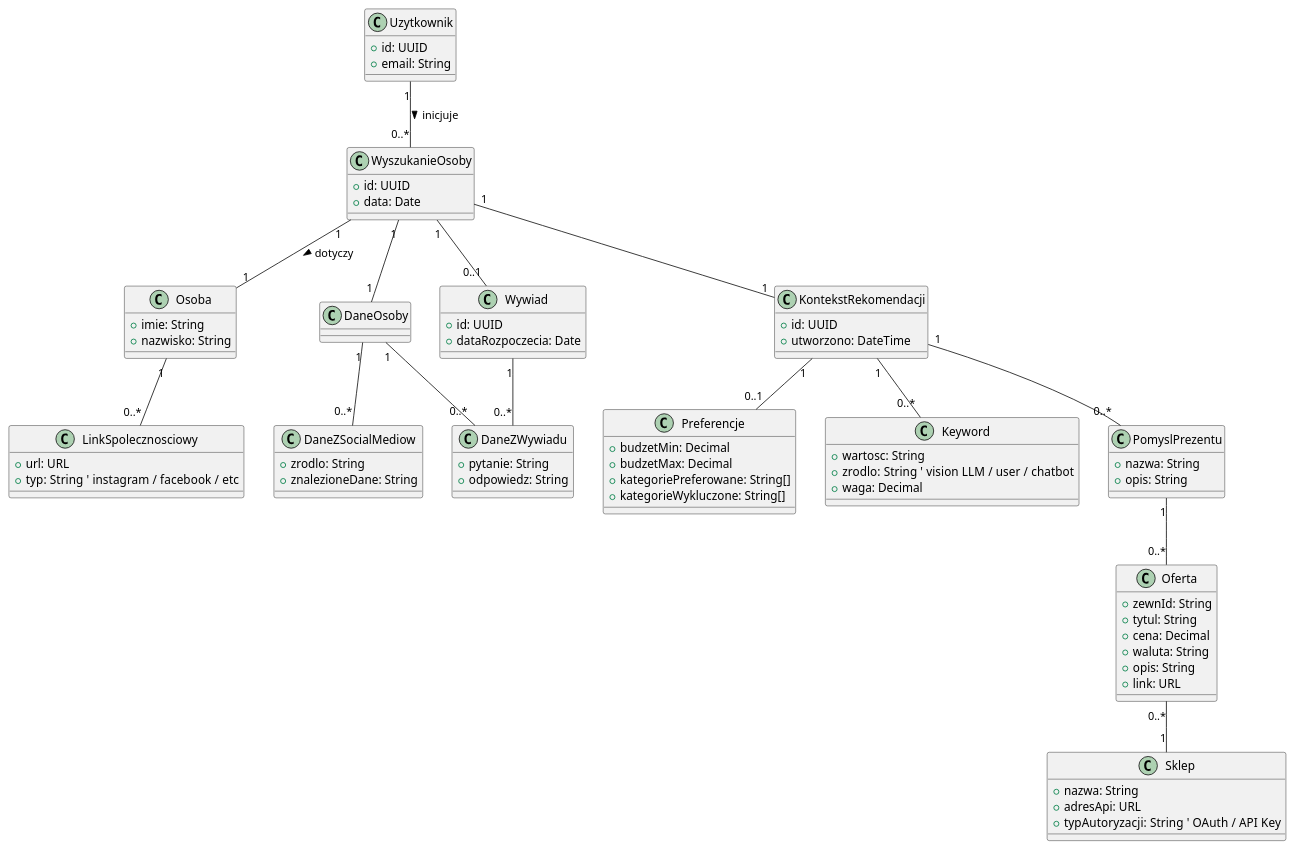
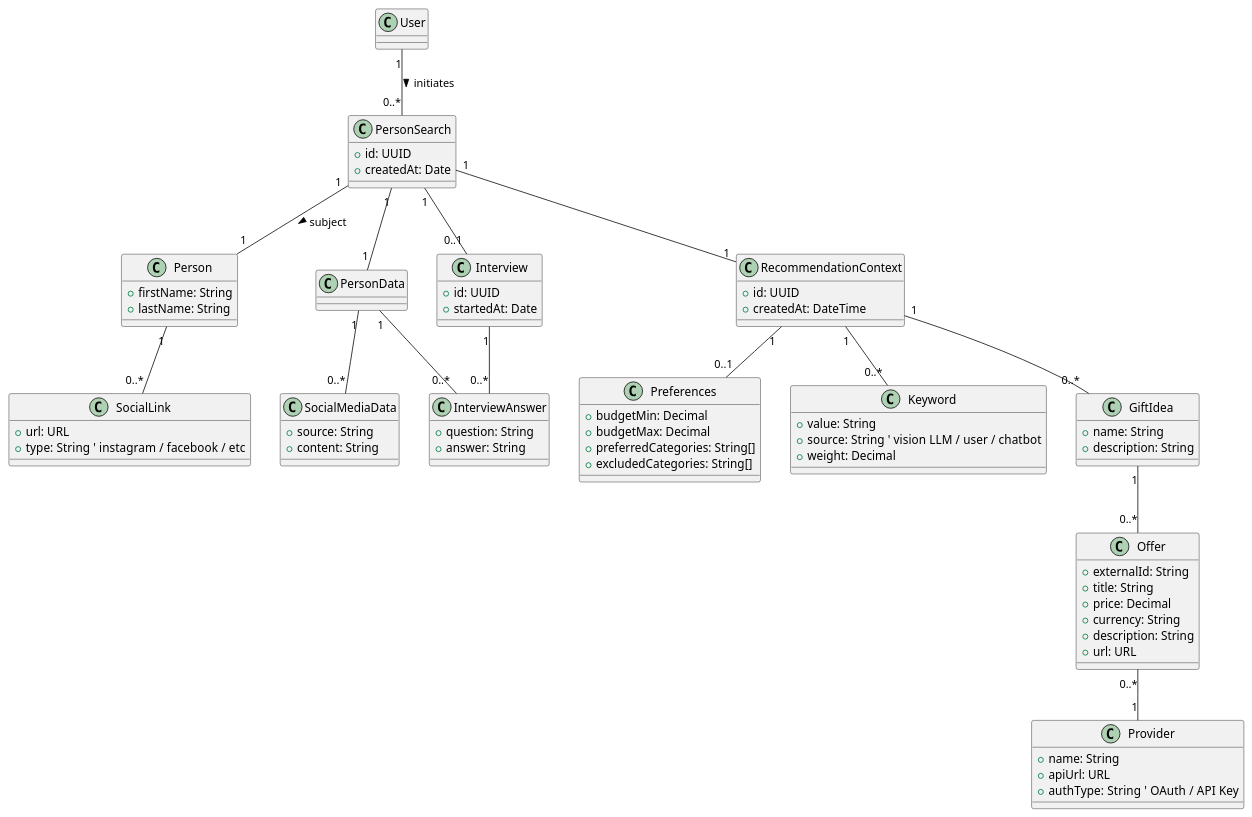
Before and after one commit to Generacja-Cuzi/ai-present-finder: the diagram in class_diagram/domain_class_diagram.puml, drawn with PlantUML. The commit also changed 1 other file, not shown here.

```diff
--- a/class_diagram/domain_class_diagram.puml
+++ b/class_diagram/domain_class_diagram.puml
@@ -1,98 +1,97 @@
-@startuml Klasy domenowe
-' == Istniejace klasy ==
-class Uzytkownik {
-  +id: UUID
-  +email: String
+@startuml Domain Classes
+
+' == Existing classes ==
+class User {
 }
 
-class WyszukanieOsoby {
+class PersonSearch {
   +id: UUID
-  +data: Date
+  +createdAt: Date
 }
 
-class Osoba {
-  +imie: String
-  +nazwisko: String
+class Person {
+  +firstName: String
+  +lastName: String
 }
 
-class DaneOsoby {
-  ' Agreguje dane z social mediow i wywiadu
+class PersonData {
+  ' Aggregates social media and interview data
 }
 
-class DaneZSocialMediow {
-  +zrodlo: String
-  +znalezioneDane: String
+class SocialMediaData {
+  +source: String
+  +content: String
 }
 
-class DaneZWywiadu {
-  +pytanie: String
-  +odpowiedz: String
+class InterviewAnswer {
+  +question: String
+  +answer: String
 }
 
-class Wywiad {
+class Interview {
   +id: UUID
-  +dataRozpoczecia: Date
+  +startedAt: Date
 }
 
-class Preferencje {
-  +budzetMin: Decimal
-  +budzetMax: Decimal
-  +kategoriePreferowane: String[]
-  +kategorieWykluczone: String[]
+class Preferences {
+  +budgetMin: Decimal
+  +budgetMax: Decimal
+  +preferredCategories: String[]
+  +excludedCategories: String[]
 }
 
 class Keyword {
-  +wartosc: String
-  +zrodlo: String  ' vision LLM / user / chatbot
-  +waga: Decimal
+  +value: String
+  +source: String  ' vision LLM / user / chatbot
+  +weight: Decimal
 }
 
-class KontekstRekomendacji {
+class RecommendationContext {
   +id: UUID
-  +utworzono: DateTime
-  ' Kontekst efemeryczny (in-memory) na czas żądania
+  +createdAt: DateTime
+  ' Ephemeral (in-memory) per request
 }
 
-class PomyslPrezentu {
-  +nazwa: String
-  +opis: String
+class GiftIdea {
+  +name: String
+  +description: String
 }
 
-class Oferta {
-  +zewnId: String
-  +tytul: String
-  +cena: Decimal
-  +waluta: String
-  +opis: String
-  +link: URL
+class Offer {
+  +externalId: String
+  +title: String
+  +price: Decimal
+  +currency: String
+  +description: String
+  +url: URL
 }
 
-class Sklep {
-  +nazwa: String
-  +adresApi: URL
-  +typAutoryzacji: String  ' OAuth / API Key
+class Provider {
+  +name: String
+  +apiUrl: URL
+  +authType: String  ' OAuth / API Key
 }
 
-class LinkSpolecznosciowy {
+class SocialLink {
   +url: URL
-  +typ: String  ' instagram / facebook / etc
+  +type: String  ' instagram / facebook / etc
 }
 
-' === Relacje ===
-Uzytkownik "1" -- "0..*" WyszukanieOsoby : inicjuje >
-WyszukanieOsoby "1" -- "1" Osoba : dotyczy >
-Osoba "1" -- "0..*" LinkSpolecznosciowy
-WyszukanieOsoby "1" -- "1" DaneOsoby
-DaneOsoby "1" -- "0..*" DaneZSocialMediow
-DaneOsoby "1" -- "0..*" DaneZWywiadu
-WyszukanieOsoby "1" -- "0..1" Wywiad
-Wywiad "1" -- "0..*" DaneZWywiadu
+' === Relationships ===
+User "1" -- "0..*" PersonSearch : initiates >
+PersonSearch "1" -- "1" Person : subject >
+Person "1" -- "0..*" SocialLink
+PersonSearch "1" -- "1" PersonData
+PersonData "1" -- "0..*" SocialMediaData
+PersonData "1" -- "0..*" InterviewAnswer
+PersonSearch "1" -- "0..1" Interview
+Interview "1" -- "0..*" InterviewAnswer
 
-WyszukanieOsoby "1" -- "1" KontekstRekomendacji
-KontekstRekomendacji "1" -- "0..*" Keyword
-KontekstRekomendacji "1" -- "0..1" Preferencje
-KontekstRekomendacji "1" -- "0..*" PomyslPrezentu
-PomyslPrezentu "1" -- "0..*" Oferta
-Oferta "0..*" -- "1" Sklep
+PersonSearch "1" -- "1" RecommendationContext
+RecommendationContext "1" -- "0..*" Keyword
+RecommendationContext "1" -- "0..1" Preferences
+RecommendationContext "1" -- "0..*" GiftIdea
+GiftIdea "1" -- "0..*" Offer
+Offer "0..*" -- "1" Provider
 
 @enduml
```
